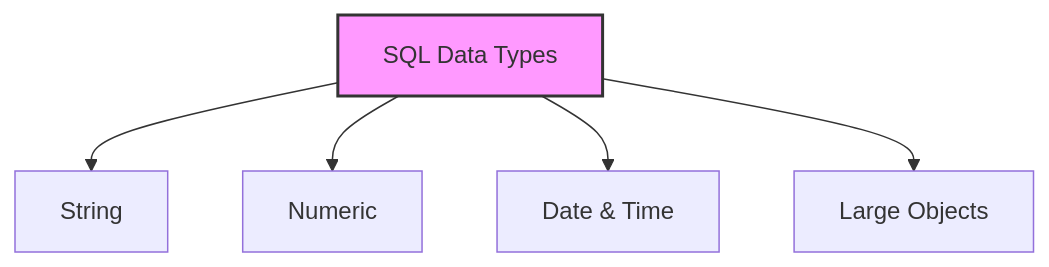
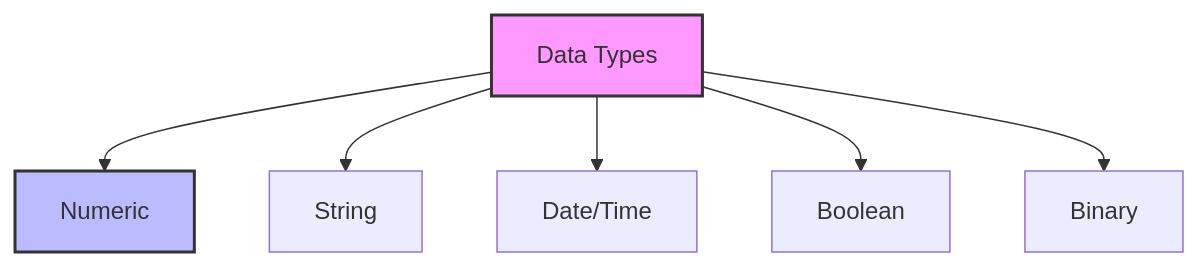
One commit to fistasolutions/learn-database-unicorndevelopers changed the diagram in 19SQLDataTypes.md. Above: the diagram before and after it, drawn with Mermaid. The commit also changed other lines of this file and 37 other files, not shown here.

````diff
--- a/19SQLDataTypes.md
+++ b/19SQLDataTypes.md
@@ -20,8 +42,10 @@
 ```mermaid
 graph TD
-    A[SQL Data Types] --> B[String]
-    A --> C[Numeric]
-    A --> D[Date & Time]
-    A --> E[Large Objects]
+    A[Data Types] --> B[Numeric]
+    A --> C[String]
+    A --> D[Date/Time]
+    A --> E[Boolean]
+    A --> F[Binary]
     style A fill:#f9f,stroke:#333,stroke-width:2px
+    style B fill:#bbf,stroke:#333,stroke-width:2px
 ```
````
